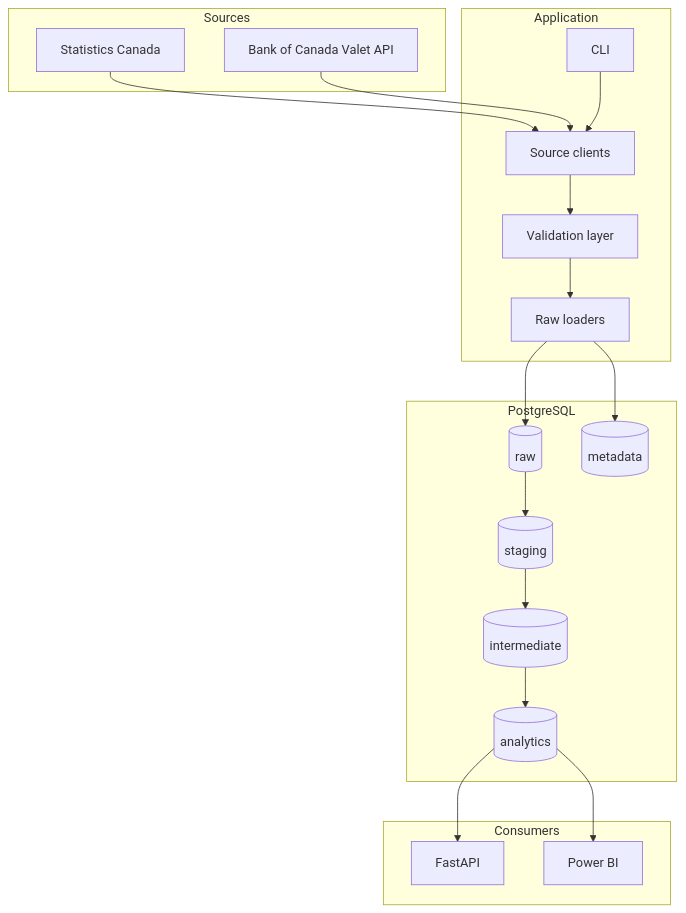
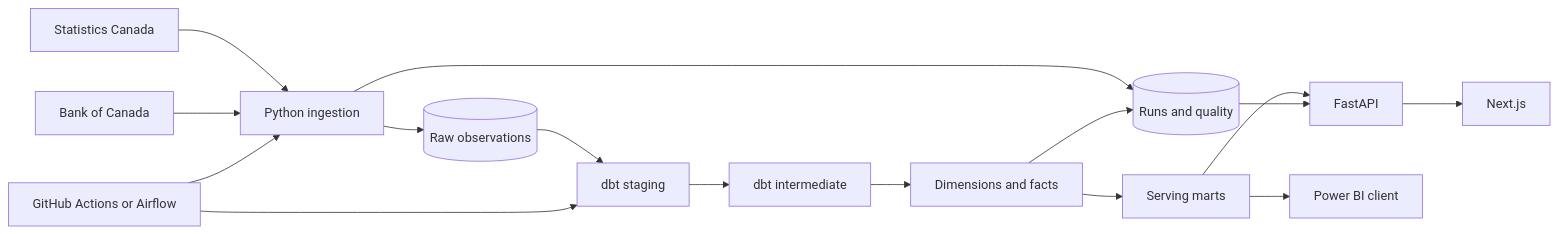
Before and after one commit to sarbzcode/CanadaPulse: the diagram in docs/architecture.md, drawn with Mermaid. The commit also changed other lines of this file and 120 other files, not shown here.

Commit message:
Build tested dbt warehouse and public CanadaPulse platform

````diff
--- a/docs/architecture.md
+++ b/docs/architecture.md
@@ -9,40 +8,18 @@
 ```mermaid
-flowchart TD
-    subgraph Sources
-        statcan[Statistics Canada]
-        boc[Bank of Canada Valet API]
-    end
-
-    subgraph Application
-        clients[Source clients]
-        validators[Validation layer]
-        loaders[Raw loaders]
-        cli[CLI]
-    end
-
-    subgraph PostgreSQL
-        raw[(raw)]
-        metadata[(metadata)]
-        staging[(staging)]
-        intermediate[(intermediate)]
-        analytics[(analytics)]
-    end
-
-    subgraph Consumers
-        api[FastAPI]
-        pbi[Power BI]
-    end
-
-    statcan --> clients
-    boc --> clients
-    clients --> validators
-    validators --> loaders
-    loaders --> raw
-    loaders --> metadata
-    raw --> staging
-    staging --> intermediate
-    intermediate --> analytics
-    analytics --> api
-    analytics --> pbi
-    cli --> clients
+flowchart LR
+    S[Statistics Canada] --> P[Python ingestion]
+    B[Bank of Canada] --> P
+    P --> R[(Raw observations)]
+    P --> M[(Runs and quality)]
+    R --> ST[dbt staging]
+    ST --> IN[dbt intermediate]
+    IN --> W[Dimensions and facts]
+    W --> A[Serving marts]
+    W --> M
+    A --> API[FastAPI]
+    M --> API
+    API --> N[Next.js]
+    A --> BI[Power BI client]
+    O[GitHub Actions or Airflow] --> P
+    O --> ST
 ```
````
